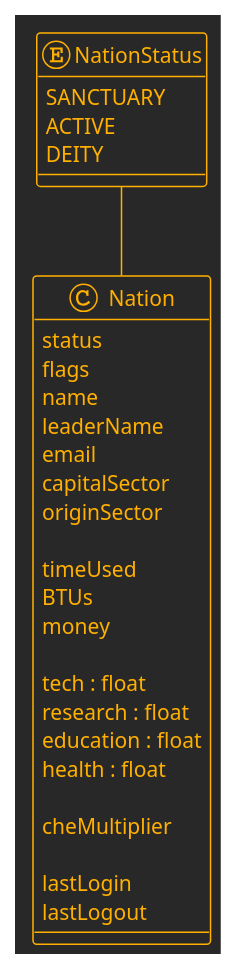
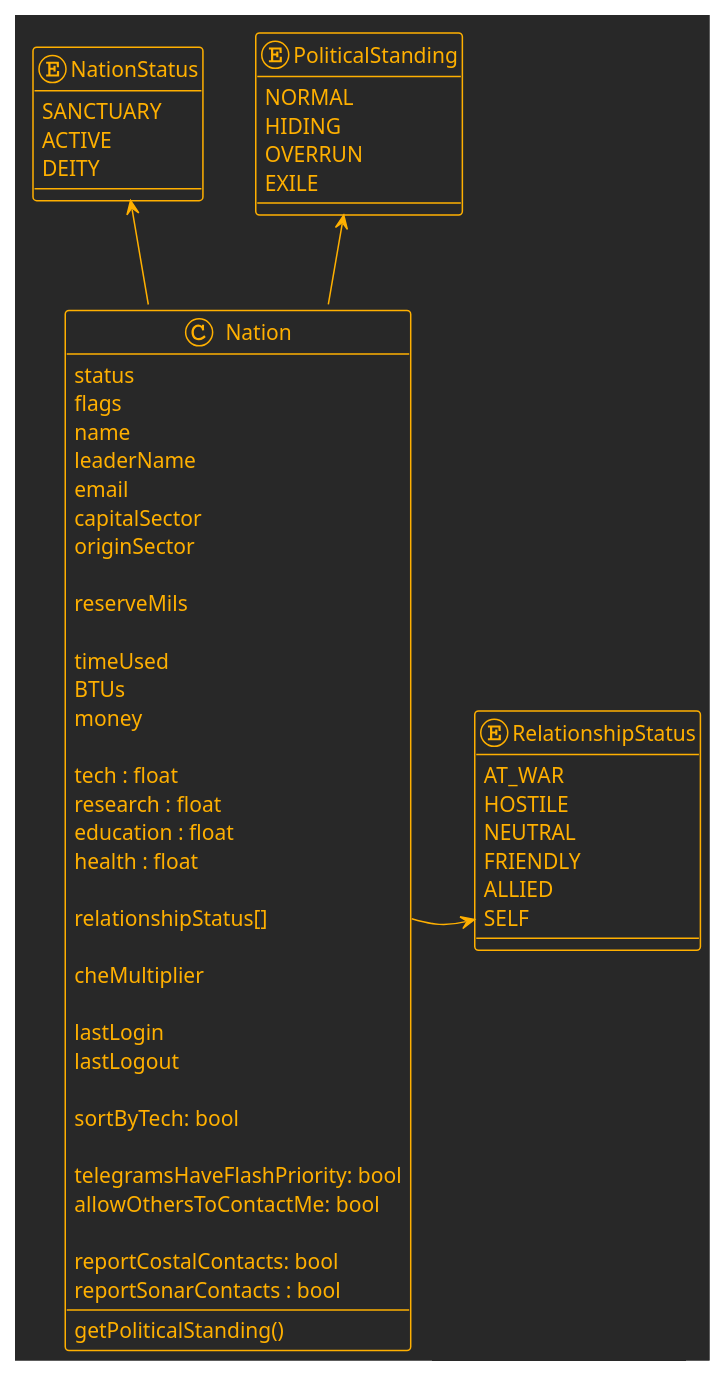
Before and after one commit to marknelsonengineer/empire: the sixth of 13 diagrams in API_DESIGN.md, drawn with PlantUML. The commit also changed other lines of this file and 3 other files, not shown here.

```diff
--- a/API_DESIGN.md
+++ b/API_DESIGN.md
@@ -281,36 +283,68 @@
 @startuml
 !theme crt-amber
 
 enum NationStatus {
   SANCTUARY
-  ACTIVE   
+  ACTIVE
   DEITY    
+}
+
+enum PoliticalStanding {  
+  NORMAL
+  HIDING
+  OVERRUN
+  EXILE
+}
+
+enum RelationshipStatus { 
+  AT_WAR
+  HOSTILE
+  NEUTRAL
+  FRIENDLY
+  ALLIED
+  SELF
 }
 
 class Nation {
   status
   flags
   name
   leaderName
   email
   capitalSector
   originSector
 
+  reserveMils
+
   timeUsed
   BTUs
   money
 
   tech : float
   research : float
   education : float
   health : float
 
+  relationshipStatus[] 
+
   cheMultiplier
 
   lastLogin
   lastLogout
+
+  sortByTech: bool
+
+  telegramsHaveFlashPriority: bool
+  allowOthersToContactMe: bool
+
+  reportCostalContacts: bool
+  reportSonarContacts : bool
+
+  getPoliticalStanding()
 }
 
-NationStatus -- Nation
+NationStatus <-- Nation
+PoliticalStanding <-- Nation
+Nation::relationshipStatus -right-> RelationshipStatus
 
 @enduml
```
